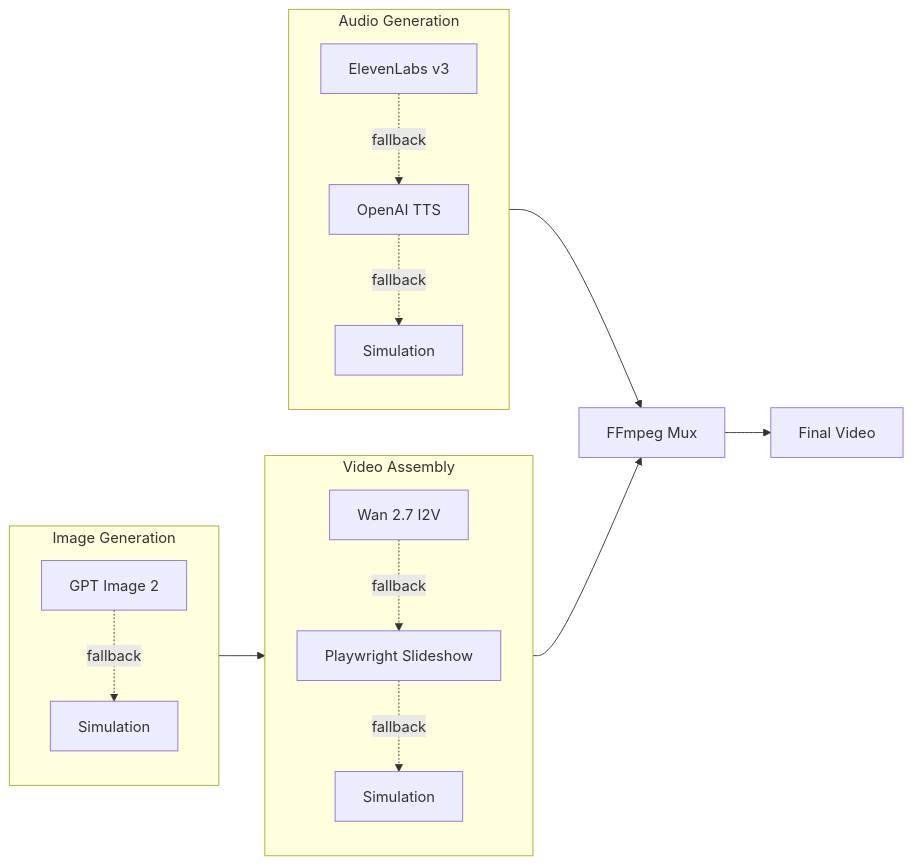
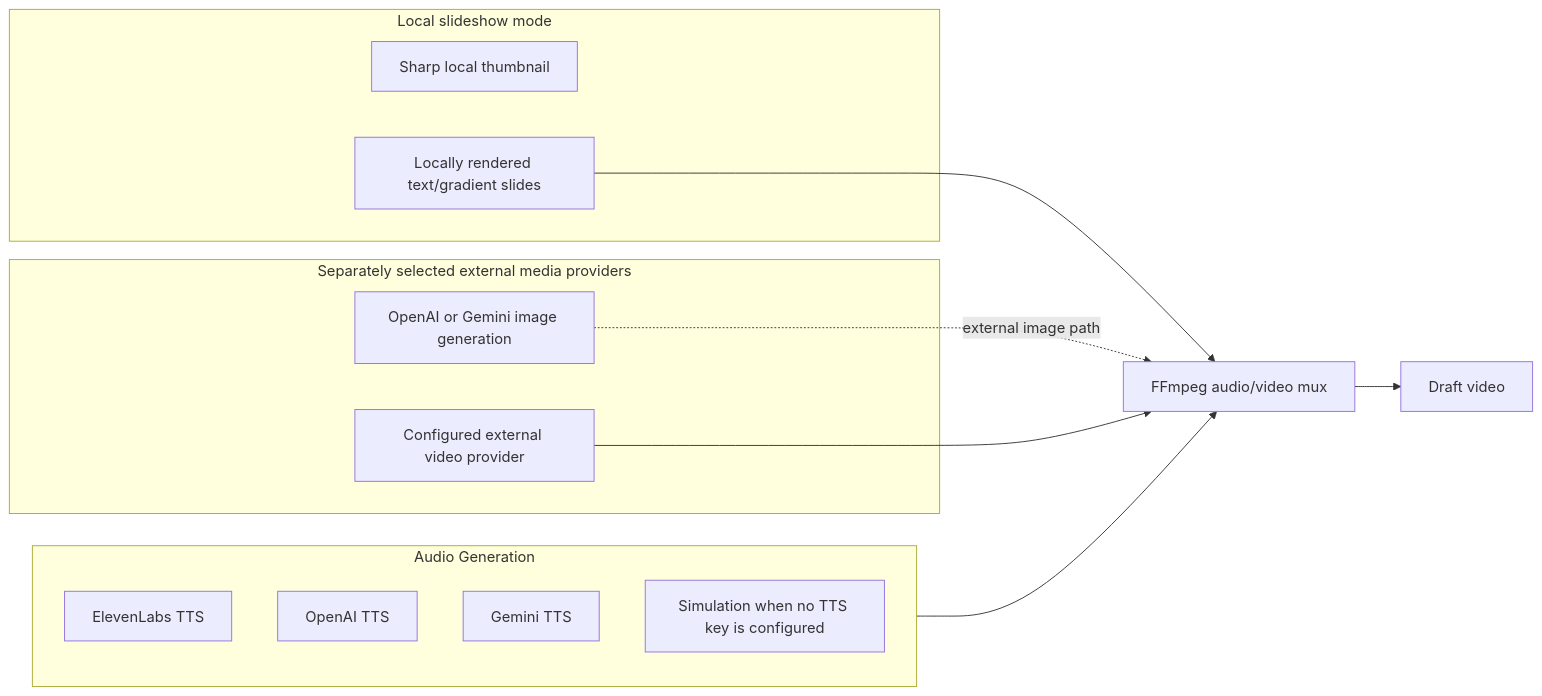
The fourth of 4 diagrams in README.md (akumar/youtube-automation-agent), drawn with Mermaid before and after one commit. The commit also changed other lines of this file, not shown here.

````diff
--- a/README.md
+++ b/README.md
@@ -470,24 +468,26 @@
 ```mermaid
 flowchart LR
     subgraph TTS["Audio Generation"]
         direction TB
-        EL[ElevenLabs v3] -.->|fallback| OA[OpenAI TTS]
-        OA -.->|fallback| SIM1[Simulation]
+        EL[ElevenLabs TTS]
+        OA[OpenAI TTS]
+        GM[Gemini TTS]
+        SIM1[Simulation when no TTS key is configured]
     end
 
-    subgraph IMG["Image Generation"]
-        direction TB
-        GPT[GPT Image 2] -.->|fallback| SIM2[Simulation]
+    subgraph LOCAL["Local slideshow mode"]
+        TH[Sharp local thumbnail]
+        SL[Locally rendered text/gradient slides]
     end
 
-    subgraph VID["Video Assembly"]
-        direction TB
-        WAN[Wan 2.7 I2V] -.->|fallback| PW[Playwright Slideshow]
-        PW -.->|fallback| SIM3[Simulation]
+    subgraph EXTERNAL["Separately selected external media providers"]
+        IMG[OpenAI or Gemini image generation]
+        VID[Configured external video provider]
     end
 
-    TTS --> MIX[FFmpeg Mux]
-    IMG --> VID
+    TTS --> MIX[FFmpeg audio/video mux]
+    SL --> MIX
+    IMG -. external image path .-> MIX
     VID --> MIX
-    MIX --> OUT[Final Video]
+    MIX --> OUT[Draft video]
 ```
````
